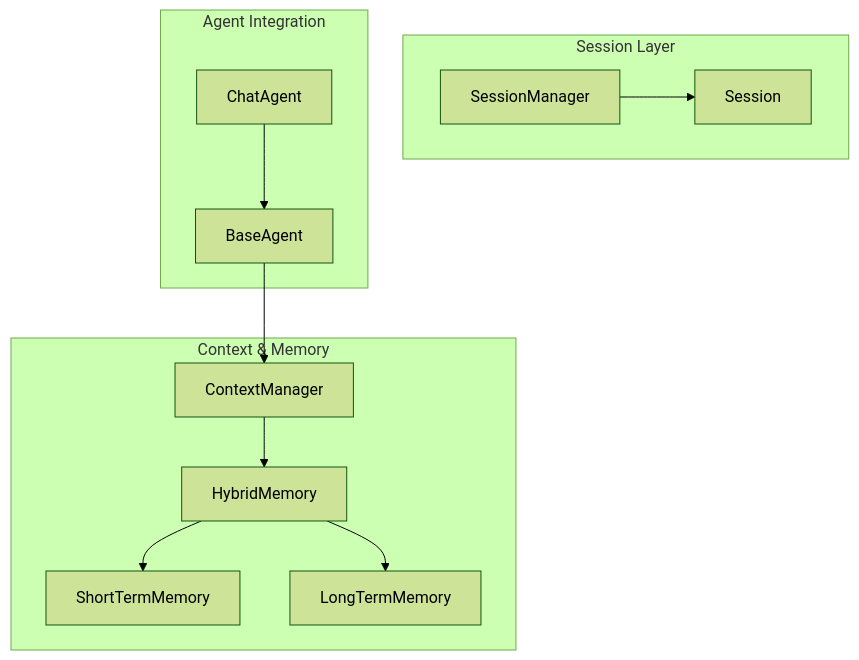
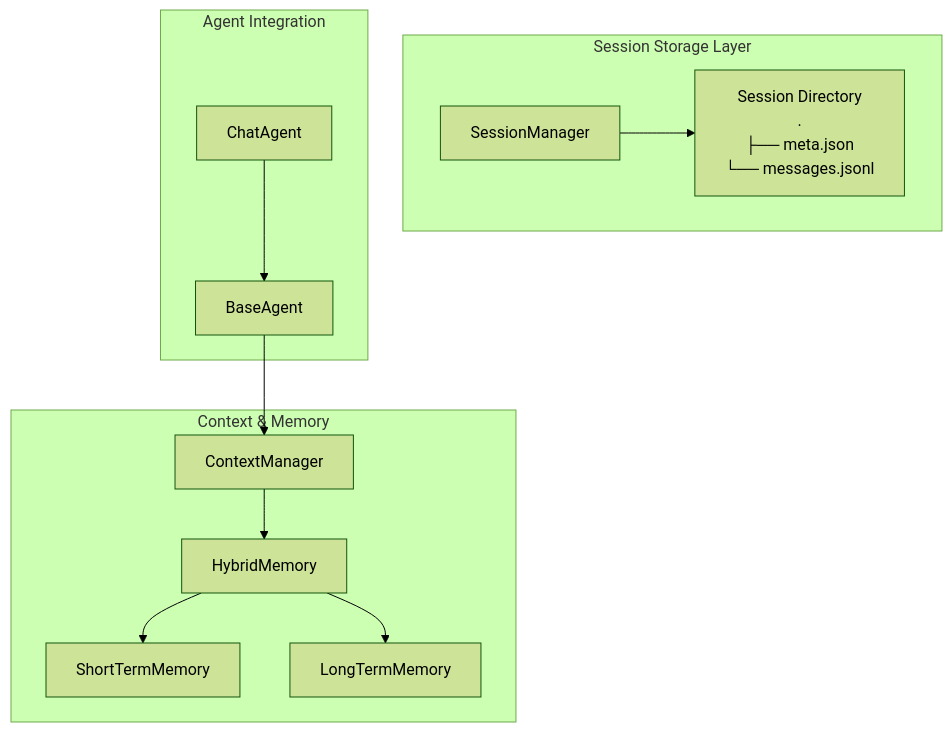
One commit to 1996Paul-Wen/HarnessAIDemo changed the first of 7 diagrams in .qoder/repowiki/en/content/Advanced Features/Session Management.md. Above: the diagram before and after it, drawn with Mermaid (forest theme). The commit also changed other lines of this file and 4 other files, not shown here.

````diff
--- a/.qoder/repowiki/en/content/Advanced Features/Session Management.md
+++ b/.qoder/repowiki/en/content/Advanced Features/Session Management.md
@@ -36,23 +44,23 @@
 ```mermaid
 graph TB
-subgraph "Session Layer"
+subgraph "Session Storage Layer"
 SM["SessionManager"]
-S["Session"]
+SD["Session Directory<br/>.<br/>├── meta.json<br/>└── messages.jsonl"]
 end
 subgraph "Context & Memory"
 CM["ContextManager"]
 HM["HybridMemory"]
 STM["ShortTermMemory"]
 LTM["LongTermMemory"]
 end
 subgraph "Agent Integration"
 BA["BaseAgent"]
 CA["ChatAgent"]
 end
-SM --> S
+SM --> SD
 BA --> CM
 CM --> HM
 HM --> STM
 HM --> LTM
 CA --> BA
 ```
````
